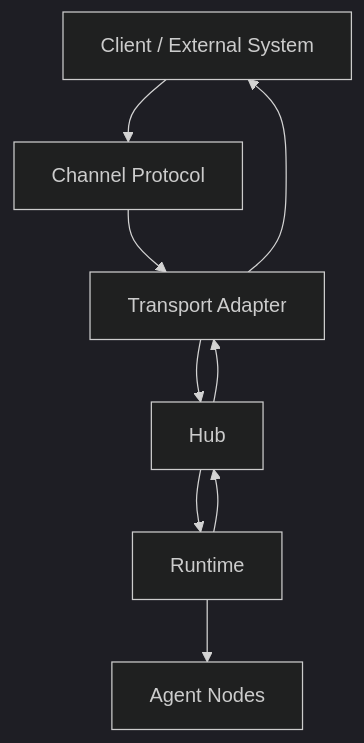
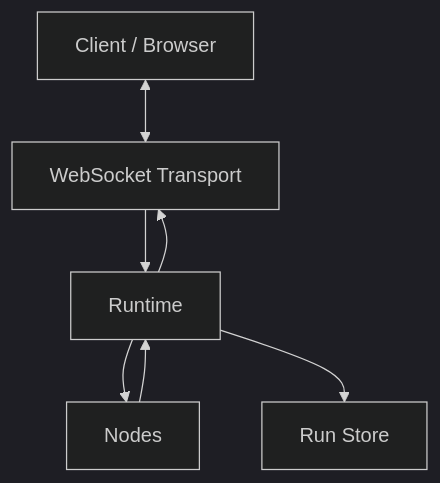
The first of 2 diagrams in apps/docs/content/docs/concepts/architecture.mdx (Open-Harness/open-harness), drawn with Mermaid (dark theme) before and after one commit. The commit also changed other lines of this file and 20 other files, not shown here.

````diff
--- a/apps/docs/content/docs/concepts/architecture.mdx
+++ b/apps/docs/content/docs/concepts/architecture.mdx
@@ -40,18 +45,15 @@
 ```mermaid
 flowchart TB
-  client[Client / External System]
-  channel[Channel Protocol]
-  transport[Transport Adapter]
-  hub[Hub]
+  client[Client / Browser]
+  transport[WebSocket Transport]
   runtime[Runtime]
-  agent[Agent Nodes]
+  nodes[Nodes]
+  store[Run Store]
 
-  client --> channel
-  channel --> transport
-  transport --> hub
-  hub --> runtime
-  runtime --> agent
-  runtime --> hub
-  hub --> transport
-  transport --> client
+  client <--> transport
+  transport --> runtime
+  runtime --> nodes
+  nodes --> runtime
+  runtime --> store
+  runtime --> transport
 ```
````
